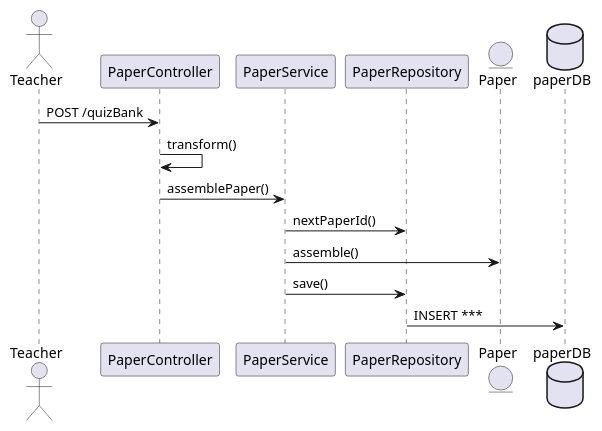
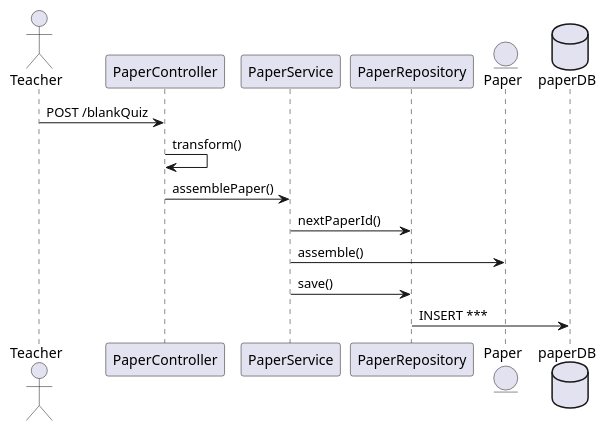
The diagram in exam-plantform/design/paper-seq-assemble.puml (devripple/ddd), drawn with PlantUML before and after one commit. The commit also changed 68 other files, not shown here.

Commit message:
add blankQuiz & assemble paper context

```diff
--- a/exam-plantform/design/paper-seq-assemble.puml
+++ b/exam-plantform/design/paper-seq-assemble.puml
@@ -1,13 +1,13 @@
 @startuml
 actor Teacher
-Teacher -> PaperController : POST /quizBank
+Teacher -> PaperController : POST /blankQuiz
 PaperController -> PaperController: transform()
 PaperController -> PaperService : assemblePaper()
 PaperService -> PaperRepository: nextPaperId()
 entity Paper
 PaperService -> Paper : assemble()
 PaperService -> PaperRepository: save()
 database paperDB
 PaperRepository -> paperDB: INSERT ***
 
 @enduml
```
